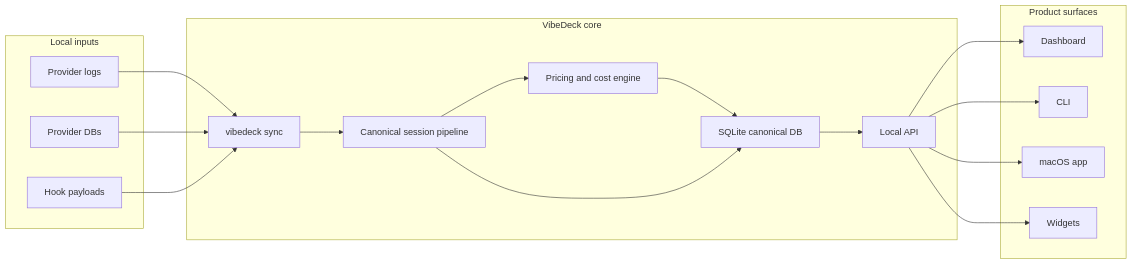
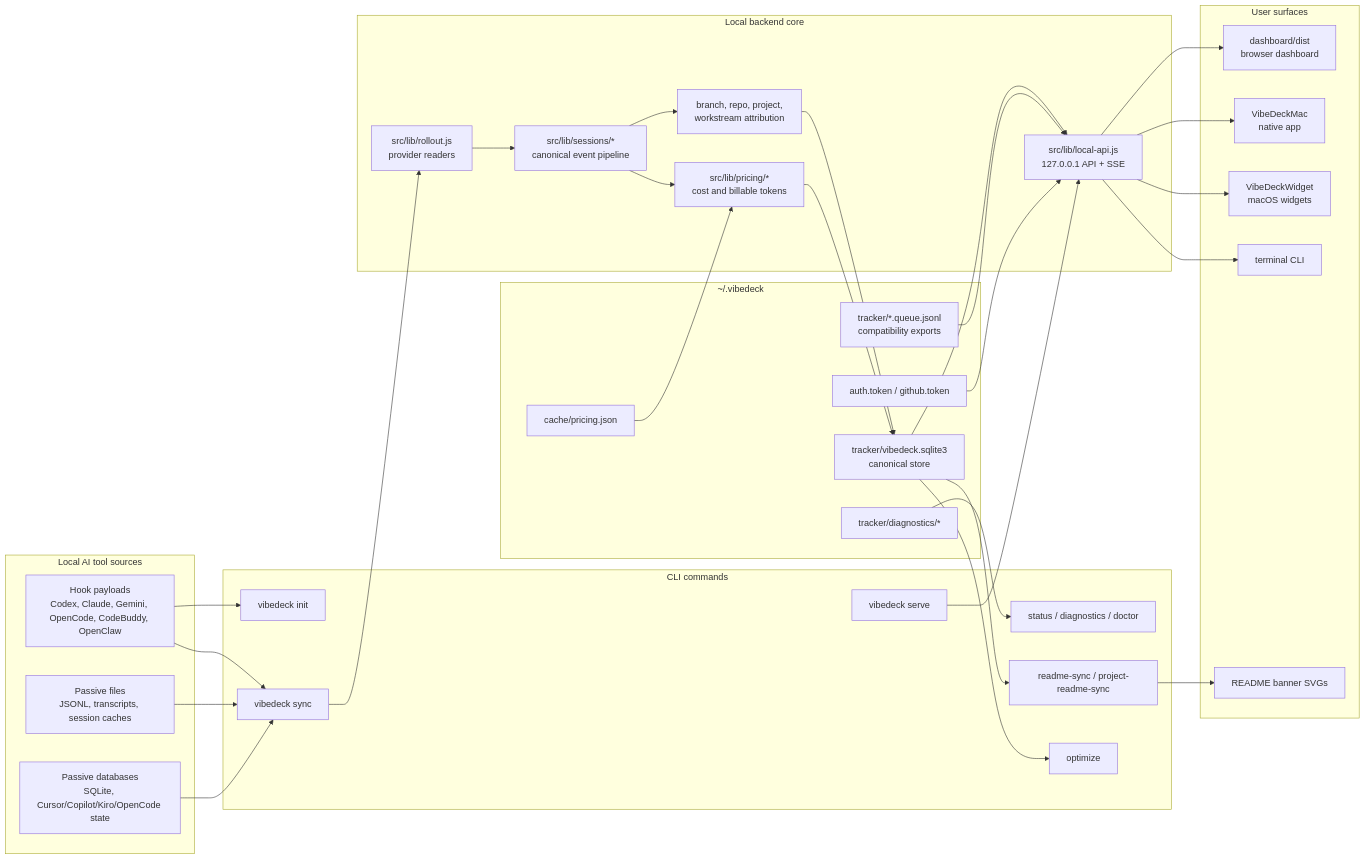
The first of 7 diagrams in docs/ARCHITECTURE.md (ivasuy/VibeDeck), drawn with Mermaid before and after one commit. The commit also changed other lines of this file and 21 other files, not shown here.

Commit message:
docs: refresh app architecture and command surface

````diff
--- a/docs/ARCHITECTURE.md
+++ b/docs/ARCHITECTURE.md
@@ -14,37 +9,65 @@
 ```mermaid
-%%{init: {"flowchart": {"nodeSpacing": 52, "rankSpacing": 76, "curve": "basis"}} }%%
 flowchart LR
-  subgraph Inputs["Local inputs"]
-    ProviderLogs["Provider logs"]
-    ProviderDBs["Provider DBs"]
-    Hooks["Hook payloads"]
+  subgraph Sources["Local AI tool sources"]
+    Hooked["Hook payloads\nCodex, Claude, Gemini, OpenCode, CodeBuddy, OpenClaw"]
+    PassiveFiles["Passive files\nJSONL, transcripts, session caches"]
+    PassiveDBs["Passive databases\nSQLite, Cursor/Copilot/Kiro/OpenCode state"]
   end
 
-  subgraph Core["VibeDeck core"]
+  subgraph Commands["CLI commands"]
+    Init["vibedeck init"]
     Sync["vibedeck sync"]
-    Sessions["Canonical session pipeline"]
-    Pricing["Pricing and cost engine"]
-    SQLite["SQLite canonical DB"]
-    API["Local API"]
+    Serve["vibedeck serve"]
+    Doctor["status / diagnostics / doctor"]
+    Readme["readme-sync / project-readme-sync"]
+    Optimize["optimize"]
   end
 
-  subgraph Surfaces["Product surfaces"]
-    Dashboard["Dashboard"]
-    CLI["CLI"]
-    Mac["macOS app"]
-    Widget["Widgets"]
+  subgraph Core["Local backend core"]
+    Parsers["src/lib/rollout.js\nprovider readers"]
+    Pipeline["src/lib/sessions/*\ncanonical event pipeline"]
+    Pricing["src/lib/pricing/*\ncost and billable tokens"]
+    Attribution["branch, repo, project,\nworkstream attribution"]
+    API["src/lib/local-api.js\n127.0.0.1 API + SSE"]
   end
 
-  ProviderLogs --> Sync
-  ProviderDBs --> Sync
-  Hooks --> Sync
-  Sync --> Sessions
-  Sessions --> Pricing
-  Pricing --> SQLite
-  Sessions --> SQLite
-  SQLite --> API
+  subgraph Storage["~/.vibedeck"]
+    DB["tracker/vibedeck.sqlite3\ncanonical store"]
+    Queues["tracker/*.queue.jsonl\ncompatibility exports"]
+    Diagnostics["tracker/diagnostics/*"]
+    Auth["auth.token / github.token"]
+    Cache["cache/pricing.json"]
+  end
+
+  subgraph Surfaces["User surfaces"]
+    Dashboard["dashboard/dist\nbrowser dashboard"]
+    Mac["VibeDeckMac\nnative app"]
+    Widgets["VibeDeckWidget\nmacOS widgets"]
+    Terminal["terminal CLI"]
+    Banners["README banner SVGs"]
+  end
+
+  Hooked --> Init
+  Hooked --> Sync
+  PassiveFiles --> Sync
+  PassiveDBs --> Sync
+  Sync --> Parsers
+  Parsers --> Pipeline
+  Pipeline --> Attribution
+  Pipeline --> Pricing
+  Attribution --> DB
+  Pricing --> DB
+  DB --> API
+  Queues --> API
+  Diagnostics --> Doctor
   API --> Dashboard
-  API --> CLI
   API --> Mac
-  API --> Widget
+  API --> Widgets
+  API --> Terminal
+  DB --> Readme
+  Readme --> Banners
+  DB --> Optimize
+  Serve --> API
+  Auth --> API
+  Cache --> Pricing
 ```
````
